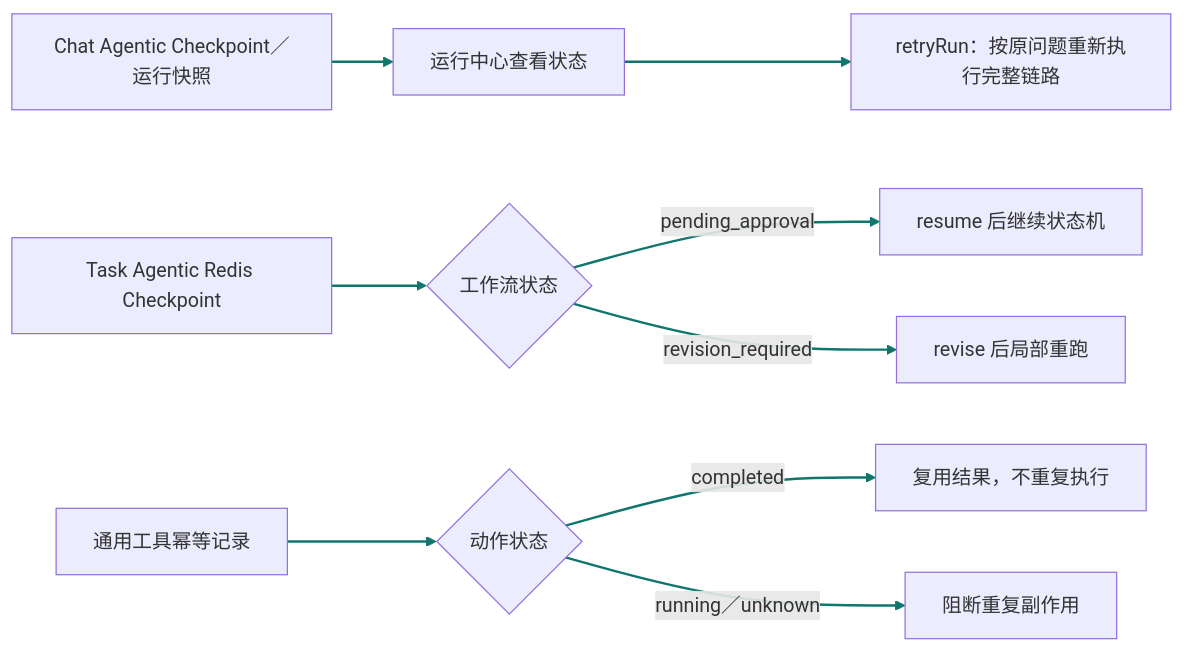
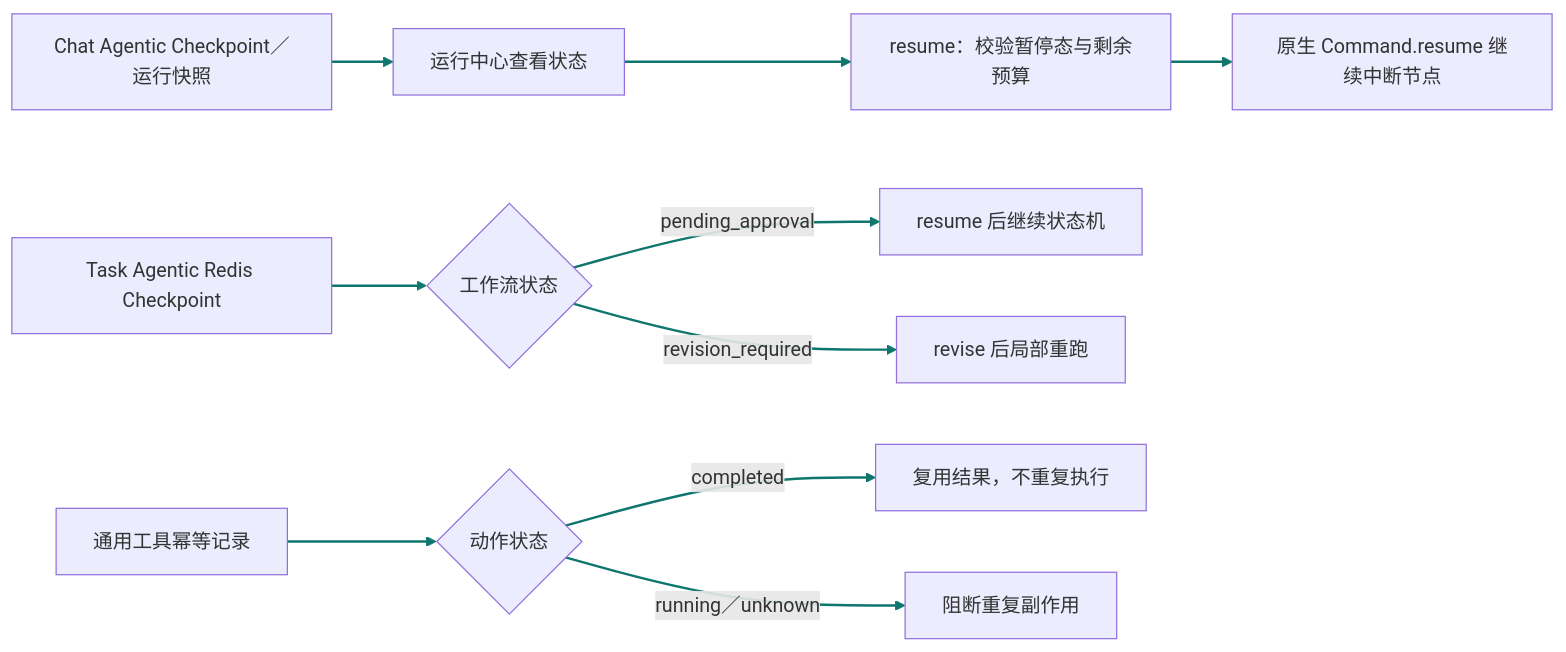
One commit to monstereatai/RAG changed diagram 20 of 29 in docs/interview/功能步骤流程.md. Above: the diagram before and after it, drawn with Mermaid. The commit also changed other lines of this file and 10 other files, not shown here.

````diff
--- a/docs/interview/功能步骤流程.md
+++ b/docs/interview/功能步骤流程.md
@@ -892,12 +897,13 @@
 ```mermaid
 flowchart LR
   A[Chat Agentic Checkpoint／运行快照] --> B[运行中心查看状态]
-  B --> C[retryRun：按原问题重新执行完整链路]
+  B --> C[resume：校验暂停态与剩余预算]
+  C --> C1[原生 Command.resume 继续中断节点]
   D[Task Agentic Redis Checkpoint] --> E{工作流状态}
   E -->|pending_approval| F[resume 后继续状态机]
   E -->|revision_required| G[revise 后局部重跑]
   H[通用工具幂等记录] --> I{动作状态}
   I -->|completed| J[复用结果，不重复执行]
   I -->|running／unknown| K[阻断重复副作用]
-  linkStyle 0,1,2,3,4,5,6,7 stroke:#0f766e,stroke-width:2px
+  linkStyle 0,1,2,3,4,5,6,7,8 stroke:#0f766e,stroke-width:2px
 ```
````
